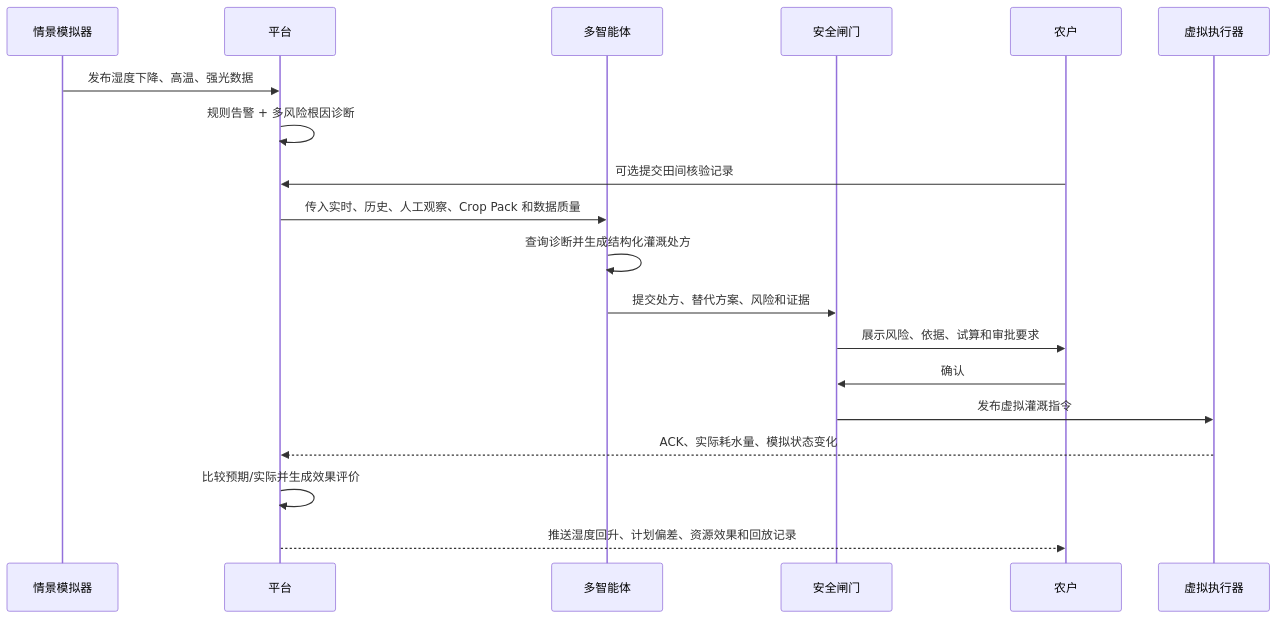
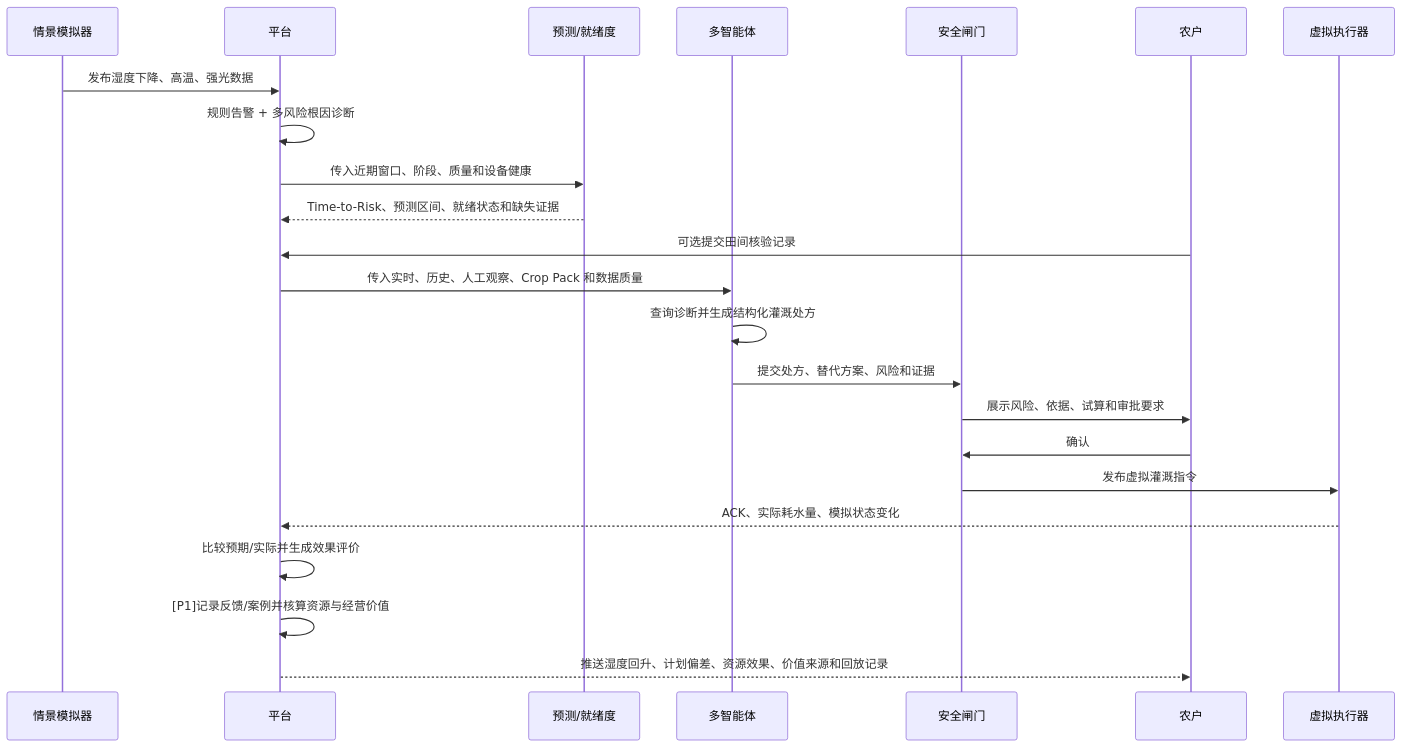
Before and after one commit to FlowerNeverFade/smart-agriculture: the third of 3 diagrams in README.md, drawn with Mermaid. The commit also changed other lines of this file and 6 other files, not shown here.

````diff
--- a/README.md
+++ b/README.md
@@ -167,21 +205,25 @@
 ```mermaid
 sequenceDiagram
     participant S as 情景模拟器
     participant P as 平台
+    participant F as 预测/就绪度
     participant A as 多智能体
     participant G as 安全闸门
     participant U as 农户
     participant V as 虚拟执行器
     S->>P: 发布湿度下降、高温、强光数据
     P->>P: 规则告警 + 多风险根因诊断
+    P->>F: 传入近期窗口、阶段、质量和设备健康
+    F-->>P: Time-to-Risk、预测区间、就绪状态和缺失证据
     U->>P: 可选提交田间核验记录
     P->>A: 传入实时、历史、人工观察、Crop Pack 和数据质量
     A->>A: 查询诊断并生成结构化灌溉处方
     A->>G: 提交处方、替代方案、风险和证据
     G->>U: 展示风险、依据、试算和审批要求
     U->>G: 确认
     G->>V: 发布虚拟灌溉指令
     V-->>P: ACK、实际耗水量、模拟状态变化
     P->>P: 比较预期/实际并生成效果评价
-    P-->>U: 推送湿度回升、计划偏差、资源效果和回放记录
+    P->>P: [P1]记录反馈/案例并核算资源与经营价值
+    P-->>U: 推送湿度回升、计划偏差、资源效果、价值来源和回放记录
 ```
````
